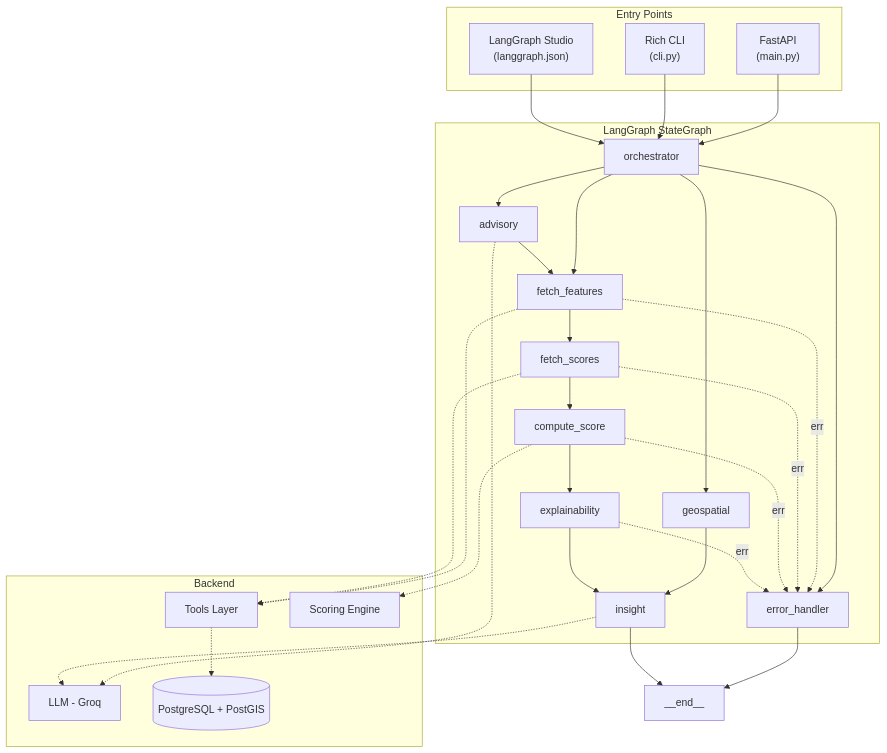
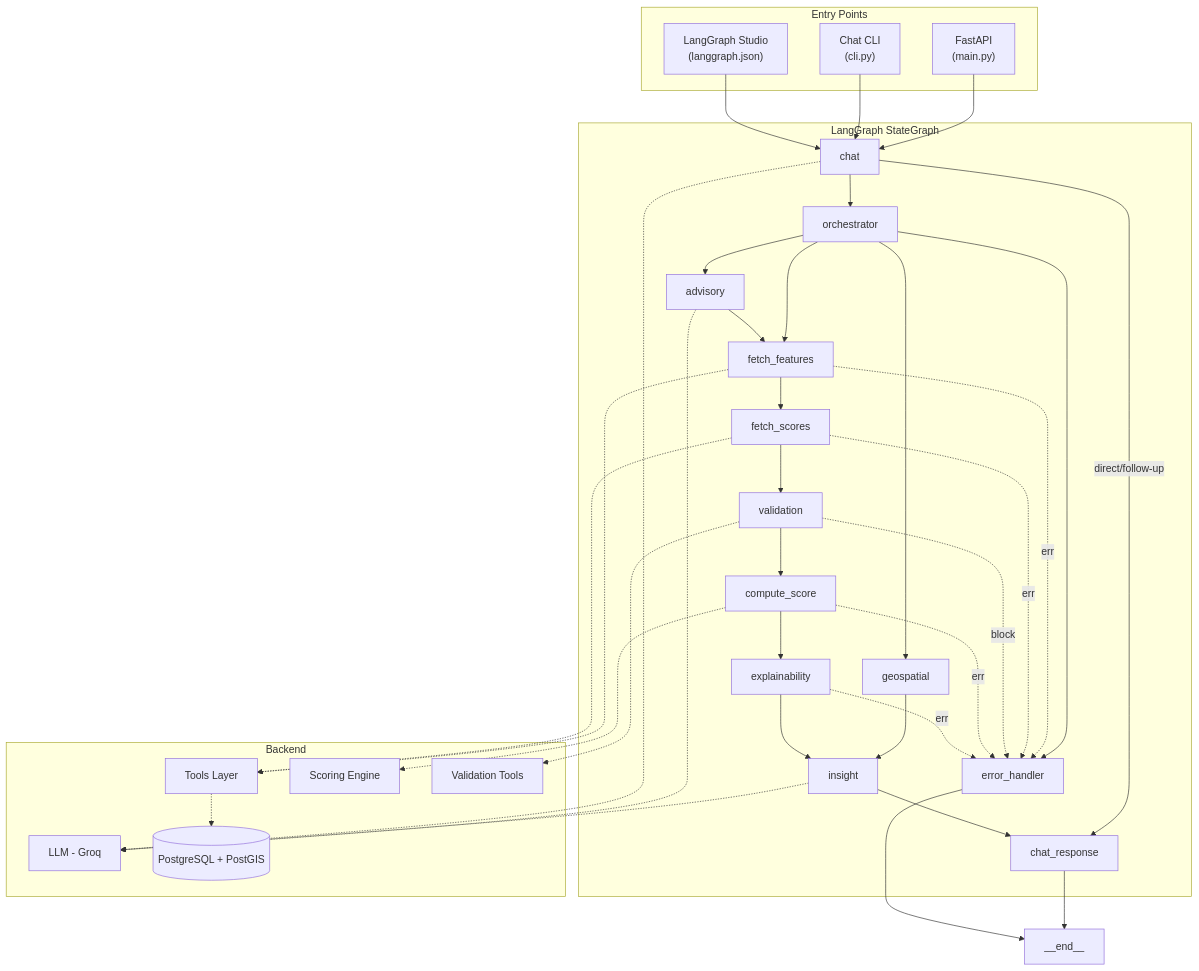
One commit to code-YK/geospatial_analyzer changed the first of 3 diagrams in README.md. Above: the diagram before and after it, drawn with Mermaid. The commit also changed other lines of this file and 1 other file, not shown here.

````diff
--- a/README.md
+++ b/README.md
@@ -42,54 +51,65 @@
 ```mermaid
 graph TB
     subgraph Entry Points
         A["FastAPI<br/>(main.py)"]
-        B["Rich CLI<br/>(cli.py)"]
+        B["Chat CLI<br/>(cli.py)"]
         C["LangGraph Studio<br/>(langgraph.json)"]
     end
 
     subgraph LangGraph StateGraph
+        D0["chat"]
         D["orchestrator"]
         E["advisory"]
         F["fetch_features"]
         G["fetch_scores"]
+        V["validation"]
         H["compute_score"]
         I["geospatial"]
         J["explainability"]
         K["insight"]
+        CR["chat_response"]
         L["error_handler"]
     end
 
     subgraph Backend
         M["Tools Layer"]
         N["Scoring Engine"]
+        VT["Validation Tools"]
         O["LLM - Groq"]
         P[("PostgreSQL + PostGIS")]
     end
 
-    A --> D
-    B --> D
-    C --> D
+    A --> D0
+    B --> D0
+    C --> D0
+    D0 --> D
+    D0 -->|direct/follow-up| CR
     D --> E
     D --> F
     D --> I
     D --> L
     E --> F
     F --> G
     F -.->|err| L
-    G --> H
+    G --> V
     G -.->|err| L
+    V --> H
+    V -.->|block| L
     H --> J
     H -.->|err| L
     I --> K
     J --> K
     J -.->|err| L
-    L --> END["__end__"]
-    K --> END
+    K --> CR
+    CR --> END["__end__"]
+    L --> END
 
     F -.-> M
     G -.-> M
     H -.-> N
+    V -.-> VT
     E -.-> O
     K -.-> O
+    D0 -.-> O
     M -.-> P
 ```
````
